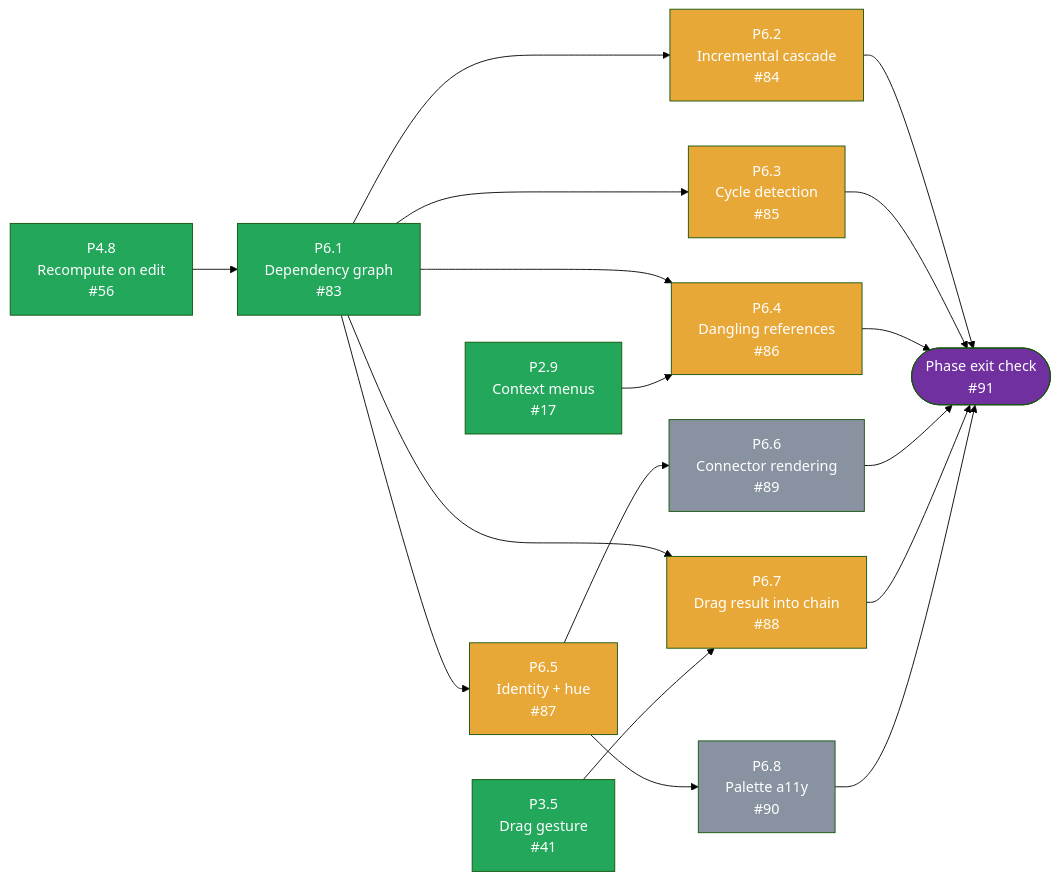
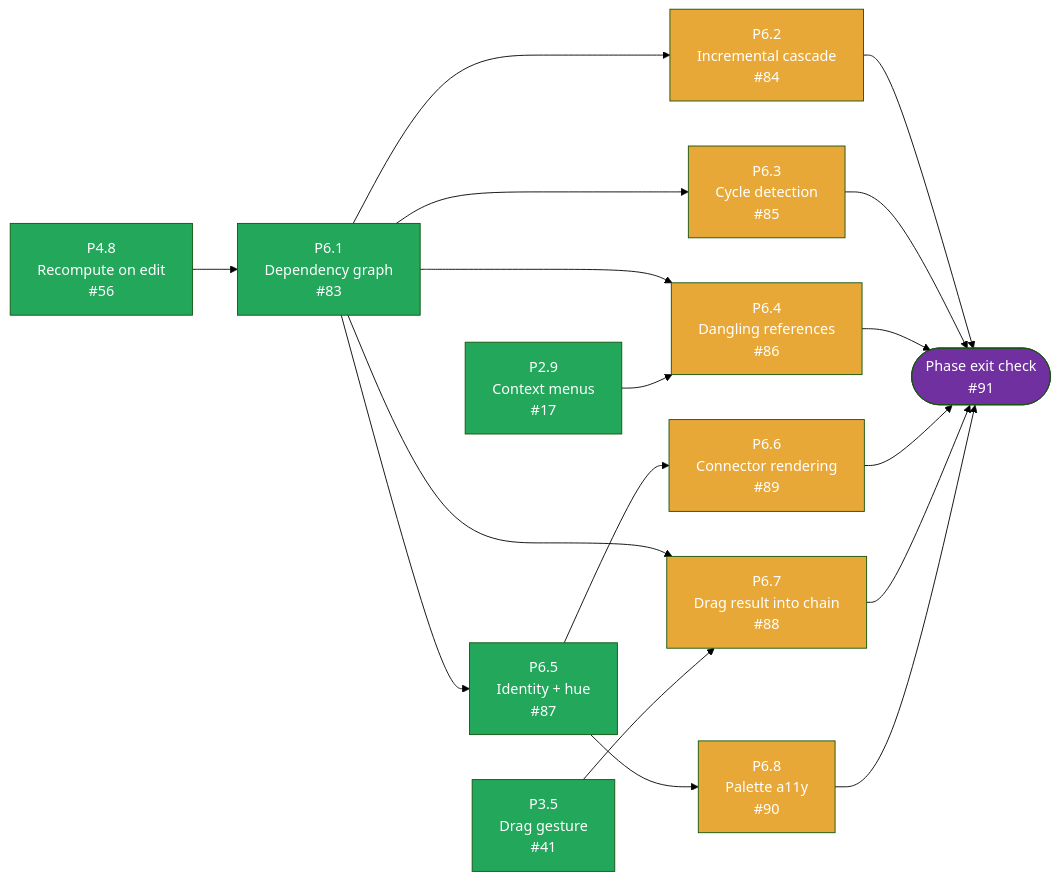
Before and after one commit to tousifosman/CalcMind: the fifth of 5 diagrams in docs/DEVELOPMENT_PLAN.md, drawn with Mermaid (forest theme). The commit also changed other lines of this file and 16 other files, not shown here.

````diff
--- a/docs/DEVELOPMENT_PLAN.md
+++ b/docs/DEVELOPMENT_PLAN.md
@@ -918,46 +918,46 @@
 ```mermaid
 flowchart LR
     P48["P4.8<br/>Recompute on edit<br/>#56"]
     P29["P2.9<br/>Context menus<br/>#17"]
     P35["P3.5<br/>Drag gesture<br/>#41"]
     P61["P6.1<br/>Dependency graph<br/>#83"]
     P62["P6.2<br/>Incremental cascade<br/>#84"]
     P63["P6.3<br/>Cycle detection<br/>#85"]
     P64["P6.4<br/>Dangling references<br/>#86"]
     P65["P6.5<br/>Identity + hue<br/>#87"]
     P66["P6.6<br/>Connector rendering<br/>#89"]
     P67["P6.7<br/>Drag result into chain<br/>#88"]
     P68["P6.8<br/>Palette a11y<br/>#90"]
     EXIT(["Phase exit check<br/>#91"])
 
     P48 --> P61
     P61 --> P62
     P61 --> P63
     P61 --> P64
     P29 --> P64
     P61 --> P65
     P65 --> P66
     P61 --> P67
     P35 --> P67
     P65 --> P68
 
     P62 --> EXIT
     P63 --> EXIT
     P64 --> EXIT
     P66 --> EXIT
     P67 --> EXIT
     P68 --> EXIT
 
     style P48 fill:#22A75B,color:#fff
     style P29 fill:#22A75B,color:#fff
     style P35 fill:#22A75B,color:#fff
     style P61 fill:#22A75B,color:#fff
     style P62 fill:#E8A838,color:#fff
     style P63 fill:#E8A838,color:#fff
     style P64 fill:#E8A838,color:#fff
-    style P65 fill:#E8A838,color:#fff
-    style P66 fill:#8892A0,color:#fff
+    style P65 fill:#22A75B,color:#fff
+    style P66 fill:#E8A838,color:#fff
     style P67 fill:#E8A838,color:#fff
-    style P68 fill:#8892A0,color:#fff
+    style P68 fill:#E8A838,color:#fff
     style EXIT fill:#7030A0,color:#fff
 ```
````
